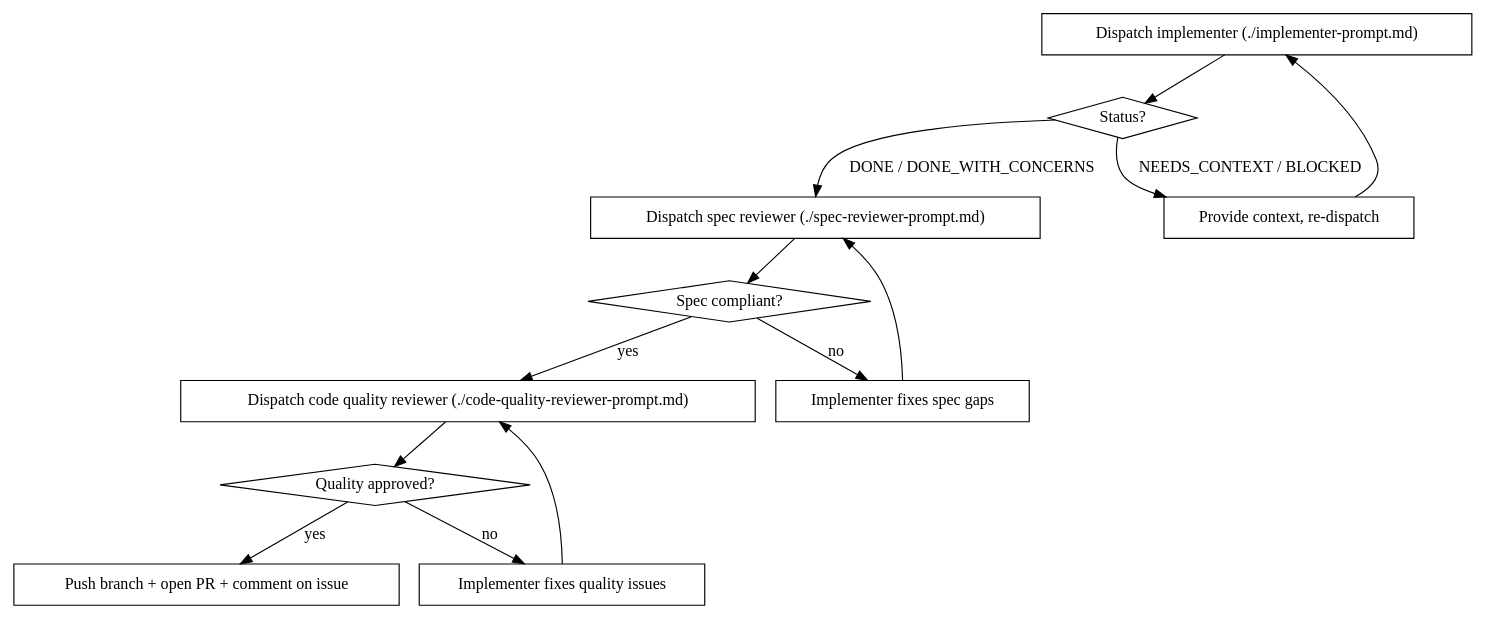
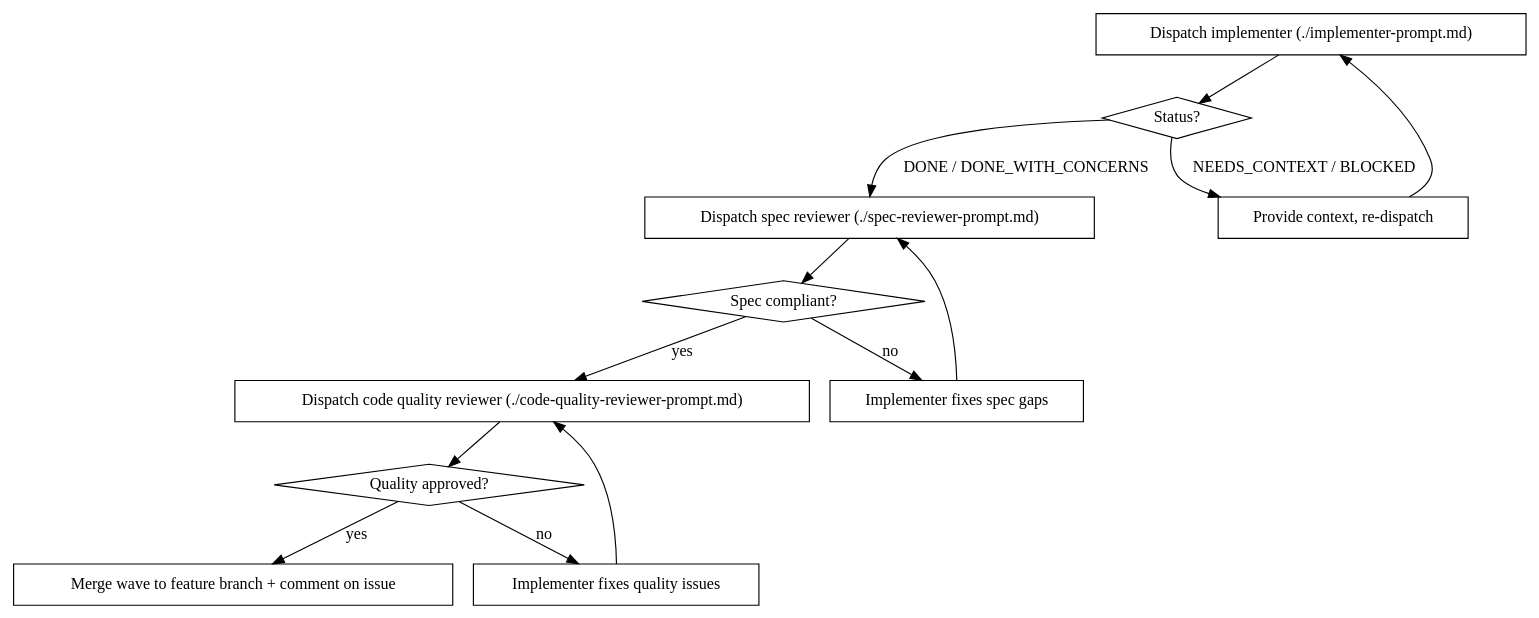
One commit to Lesani/skills changed the second of 2 diagrams in skills/engineering/from-issues/SKILL.md. Above: the diagram before and after it, drawn with Graphviz. The commit also changed other lines of this file and 4 other files, not shown here.

````diff
--- a/skills/engineering/from-issues/SKILL.md
+++ b/skills/engineering/from-issues/SKILL.md
@@ -124,28 +172,28 @@
 ```dot
 digraph per_issue {
     rankdir=TB;
     "Dispatch implementer (./implementer-prompt.md)" [shape=box];
     "Status?" [shape=diamond];
     "Provide context, re-dispatch" [shape=box];
     "Dispatch spec reviewer (./spec-reviewer-prompt.md)" [shape=box];
     "Spec compliant?" [shape=diamond];
     "Implementer fixes spec gaps" [shape=box];
     "Dispatch code quality reviewer (./code-quality-reviewer-prompt.md)" [shape=box];
     "Quality approved?" [shape=diamond];
     "Implementer fixes quality issues" [shape=box];
-    "Push branch + open PR + comment on issue" [shape=box];
+    "Merge wave to feature branch + comment on issue" [shape=box];
 
     "Dispatch implementer (./implementer-prompt.md)" -> "Status?";
     "Status?" -> "Provide context, re-dispatch" [label="NEEDS_CONTEXT / BLOCKED"];
     "Provide context, re-dispatch" -> "Dispatch implementer (./implementer-prompt.md)";
     "Status?" -> "Dispatch spec reviewer (./spec-reviewer-prompt.md)" [label="DONE / DONE_WITH_CONCERNS"];
     "Dispatch spec reviewer (./spec-reviewer-prompt.md)" -> "Spec compliant?";
     "Spec compliant?" -> "Implementer fixes spec gaps" [label="no"];
     "Implementer fixes spec gaps" -> "Dispatch spec reviewer (./spec-reviewer-prompt.md)";
     "Spec compliant?" -> "Dispatch code quality reviewer (./code-quality-reviewer-prompt.md)" [label="yes"];
     "Dispatch code quality reviewer (./code-quality-reviewer-prompt.md)" -> "Quality approved?";
     "Quality approved?" -> "Implementer fixes quality issues" [label="no"];
     "Implementer fixes quality issues" -> "Dispatch code quality reviewer (./code-quality-reviewer-prompt.md)";
-    "Quality approved?" -> "Push branch + open PR + comment on issue" [label="yes"];
+    "Quality approved?" -> "Merge wave to feature branch + comment on issue" [label="yes"];
 }
 ```
````
